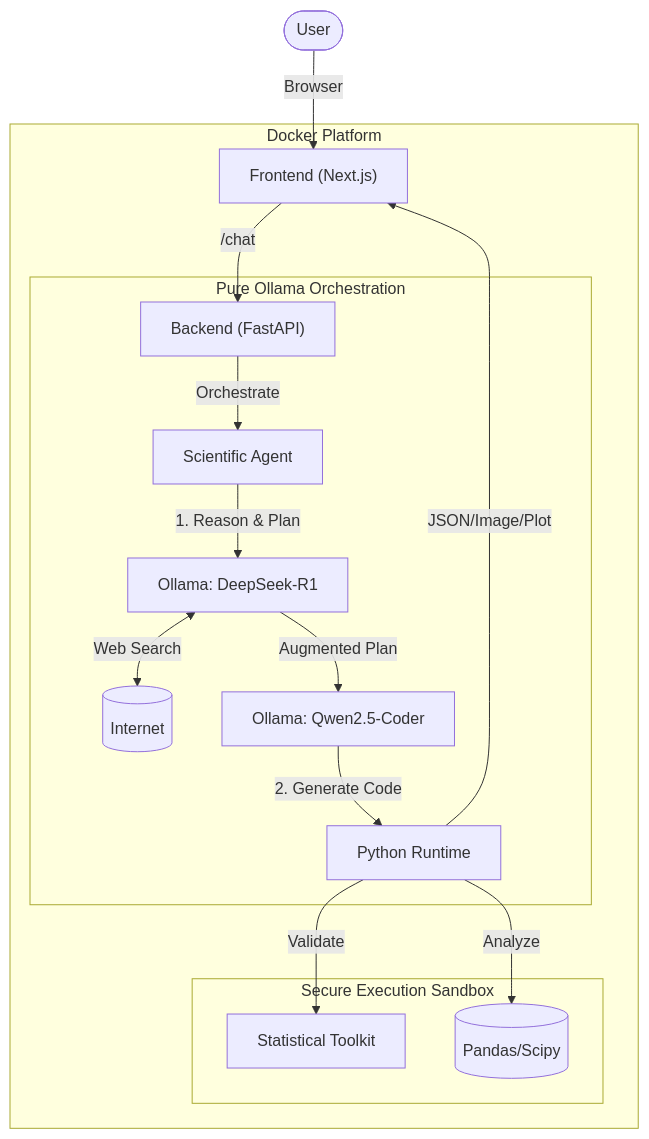
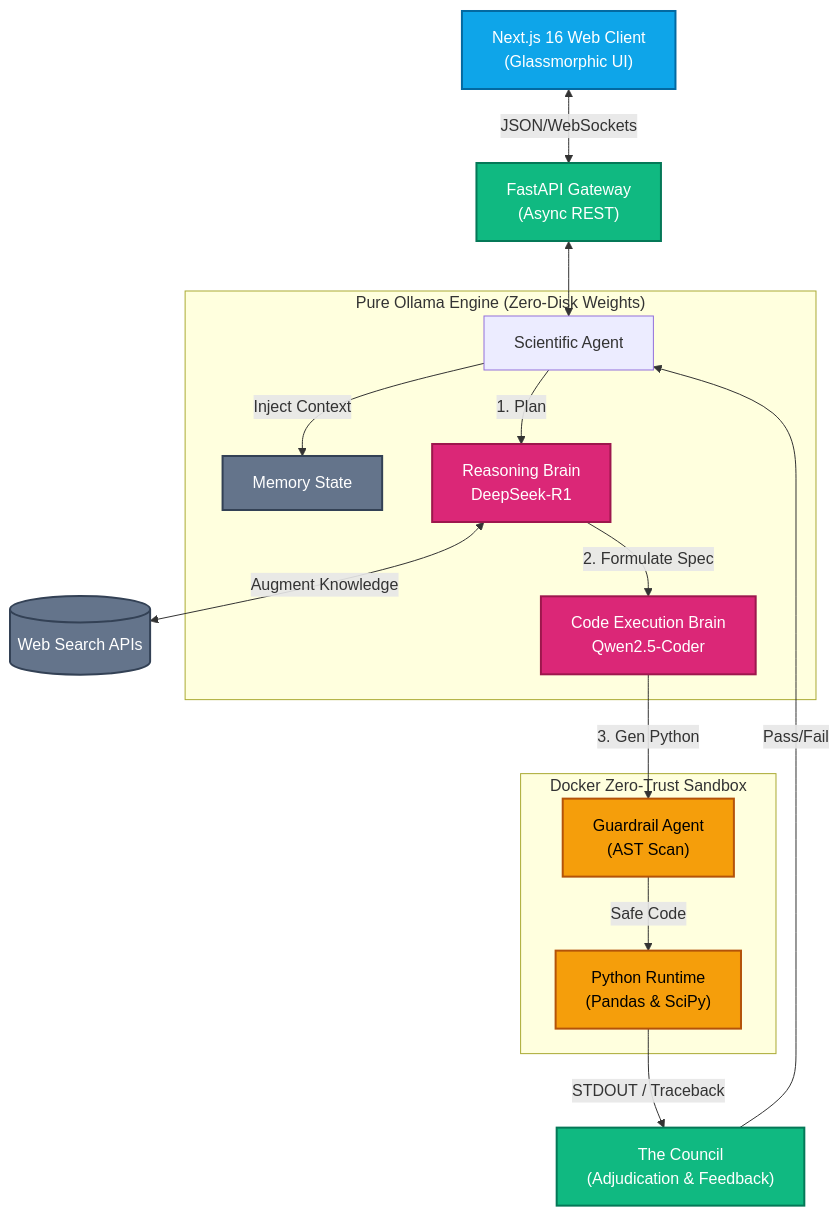
The diagram in Readme.md (Aniket-a14/Wizard-w1), drawn with Mermaid before and after one commit. The commit also changed other lines of this file, not shown here.

Commit message:
docs: Revamp README with an updated header, expanded project overview, and a more detailed, styled architecture diagram, while removing outdated sections.

````diff
--- a/Readme.md
+++ b/Readme.md
@@ -67,23 +25,36 @@
 ```mermaid
 graph TD
-    User([User]) -->|Browser| FE["Frontend (Next.js)"]
+    classDef client fill:#0ea5e9,stroke:#0369a1,stroke-width:2px,color:#fff;
+    classDef api fill:#10b981,stroke:#047857,stroke-width:2px,color:#fff;
+    classDef brain fill:#db2777,stroke:#9d174d,stroke-width:2px,color:#fff;
+    classDef sandbox fill:#f59e0b,stroke:#b45309,stroke-width:2px,color:#000;
+    classDef ext fill:#64748b,stroke:#334155,stroke-width:2px,color:#fff;
+
+    client_UI["Next.js 16 Web Client<br/>(Glassmorphic UI)"]:::client
+    API_Gateway["FastAPI Gateway<br/>(Async REST)"]:::api
     
-    subgraph "Docker Platform"
-        FE -->|/chat| API["Backend (FastAPI)"]
-        
-        subgraph "Pure Ollama Orchestration"
-            API -->|Orchestrate| SA[Scientific Agent]
-            SA -->|1. Reason & Plan| Manager["Ollama: DeepSeek-R1"]
-            Manager <-->|Web Search| Web[(Internet)]
-            Manager -->|Augmented Plan| Worker["Ollama: Qwen2.5-Coder"]
-            Worker -->|2. Generate Code| Code[Python Runtime]
-        end
-        
-        subgraph "Secure Execution Sandbox"
-            Code -->|Validate| Stats[Statistical Toolkit]
-            Code -->|Analyze| DF[(Pandas/Scipy)]
-        end
+    subgraph "Pure Ollama Engine (Zero-Disk Weights)"
+        Orchestrator["Scientific Agent"]
+        Manager["Reasoning Brain<br/>DeepSeek-R1"]:::brain
+        Worker["Code Execution Brain<br/>Qwen2.5-Coder"]:::brain
+        RAG["Memory State"]:::ext
     end
     
-    Code -->|JSON/Image/Plot| FE
+    subgraph "Docker Zero-Trust Sandbox"
+        CodeCheck["Guardrail Agent<br/>(AST Scan)"]:::sandbox
+        Runtime["Python Runtime<br/>(Pandas & SciPy)"]:::sandbox
+    end
+    
+    TheCouncil["The Council<br/>(Adjudication & Feedback)"]:::api
+
+    client_UI <-->|JSON/WebSockets| API_Gateway
+    API_Gateway <--> Orchestrator
+    Orchestrator -->|Inject Context| RAG
+    Orchestrator -->|1. Plan| Manager
+    Manager <-->|Augment Knowledge| Search[(Web Search APIs)]:::ext
+    Manager -->|2. Formulate Spec| Worker
+    Worker -->|3. Gen Python| CodeCheck
+    CodeCheck -->|Safe Code| Runtime
+    Runtime -->|STDOUT / Traceback| TheCouncil
+    TheCouncil -->|Pass/Fail| Orchestrator
 ```
````
